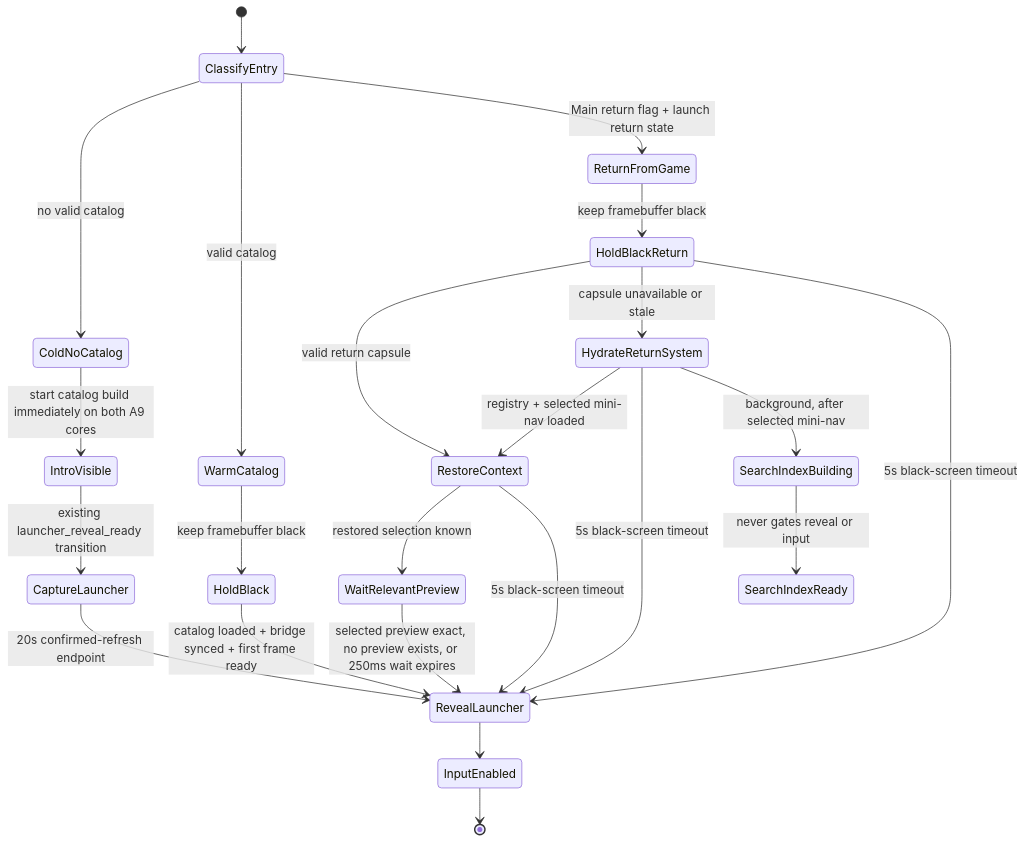
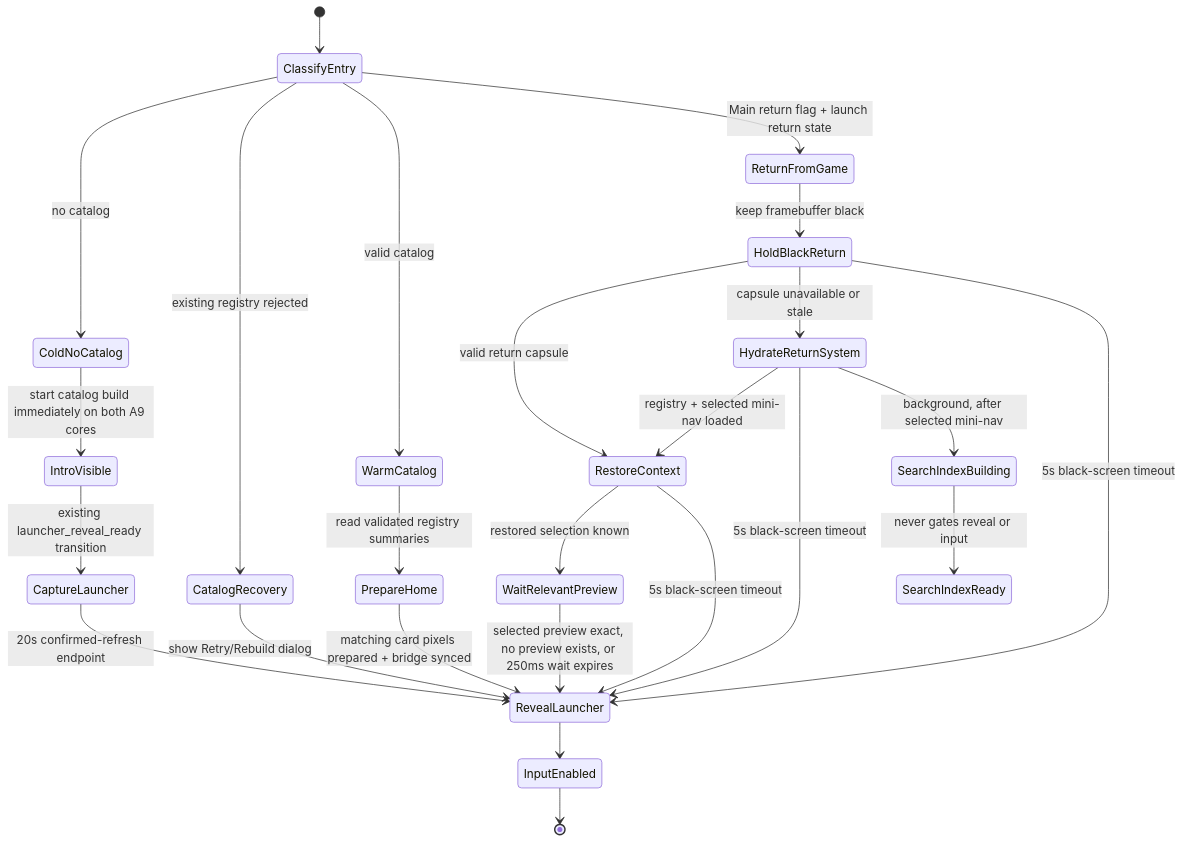
The fifth of 6 diagrams in docs/architecture.md (NigelBreslaw/MiSTer-MagiK), drawn with Mermaid before and after one commit. The commit also changed other lines of this file and 6 other files, not shown here.

First line of the commit message:
Populate library counts before the first Home frame (#292)

````diff
--- a/docs/architecture.md
+++ b/docs/architecture.md
@@ -827,31 +827,33 @@
 ```mermaid
 stateDiagram-v2
     [*] --> ClassifyEntry
 
-    ClassifyEntry --> ColdNoCatalog: no valid catalog
+    ClassifyEntry --> ColdNoCatalog: no catalog
+    ClassifyEntry --> CatalogRecovery: existing registry rejected
     ClassifyEntry --> WarmCatalog: valid catalog
     ClassifyEntry --> ReturnFromGame: Main return flag + launch return state
 
     ColdNoCatalog --> IntroVisible: start catalog build immediately on both A9 cores
     IntroVisible --> CaptureLauncher: existing launcher_reveal_ready transition
     CaptureLauncher --> RevealLauncher: 20s confirmed-refresh endpoint
 
-    WarmCatalog --> HoldBlack: keep framebuffer black
-    HoldBlack --> RevealLauncher: catalog loaded + bridge synced + first frame ready
+    WarmCatalog --> PrepareHome: read validated registry summaries
+    PrepareHome --> RevealLauncher: matching card pixels prepared + bridge synced
+    CatalogRecovery --> RevealLauncher: show Retry/Rebuild dialog
 
     ReturnFromGame --> HoldBlackReturn: keep framebuffer black
     HoldBlackReturn --> RestoreContext: valid return capsule
     HoldBlackReturn --> HydrateReturnSystem: capsule unavailable or stale
     HoldBlackReturn --> RevealLauncher: 5s black-screen timeout
     HydrateReturnSystem --> RestoreContext: registry + selected mini-nav loaded
     HydrateReturnSystem --> RevealLauncher: 5s black-screen timeout
     RestoreContext --> WaitRelevantPreview: restored selection known
     RestoreContext --> RevealLauncher: 5s black-screen timeout
     WaitRelevantPreview --> RevealLauncher: selected preview exact, no preview exists, or 250ms wait expires
 
     HydrateReturnSystem --> SearchIndexBuilding: background, after selected mini-nav
     SearchIndexBuilding --> SearchIndexReady: never gates reveal or input
 
     RevealLauncher --> InputEnabled
     InputEnabled --> [*]
 ```
````
